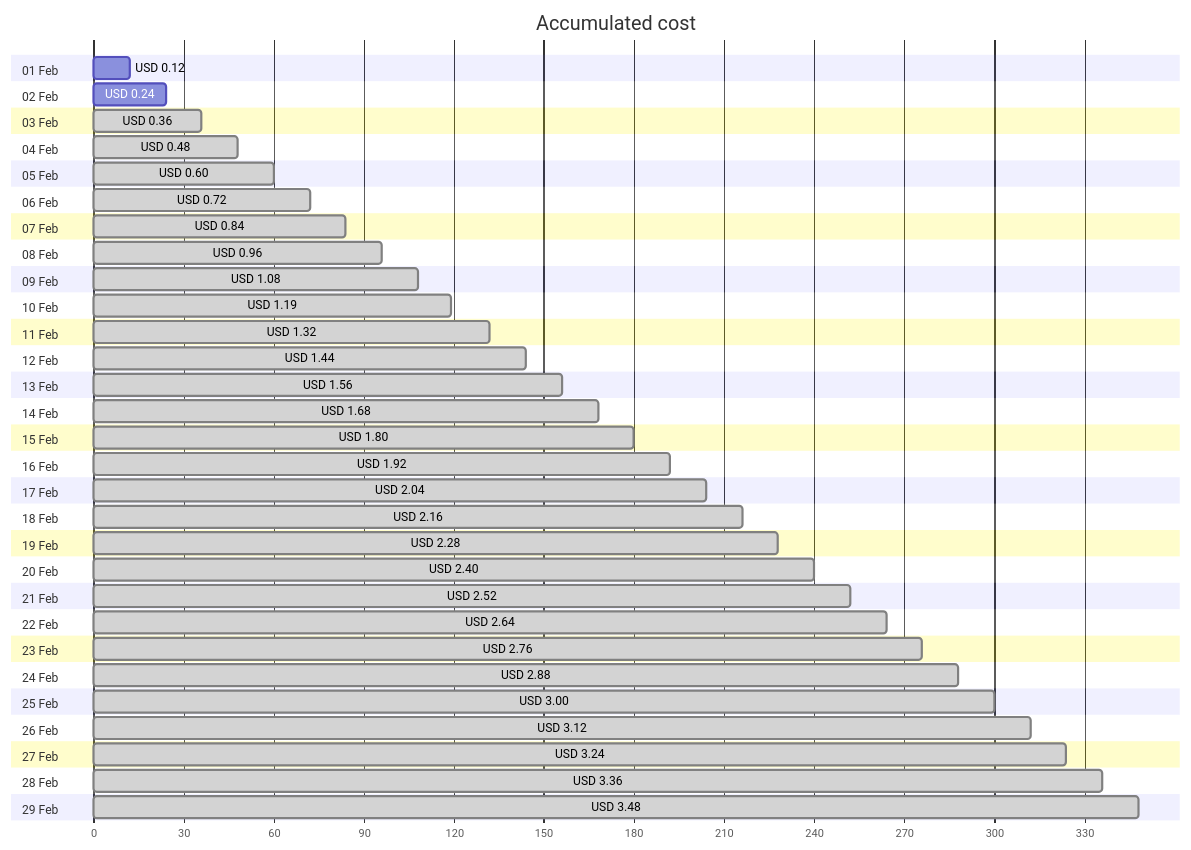
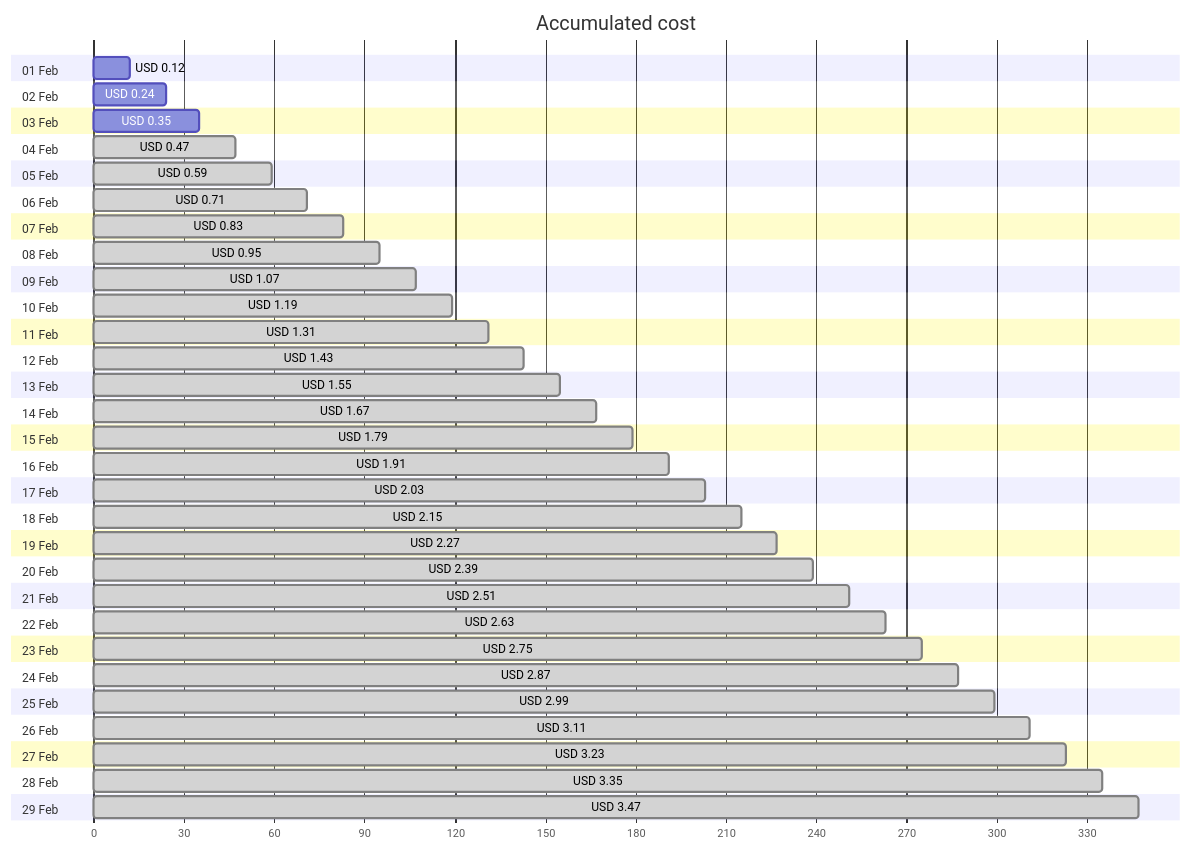
The first of 4 diagrams in cost-reports/personal-network/backup-server-public-ip.md (jpfulton/azure-personal-reports), drawn with Mermaid before and after one commit. The commit also changed other lines of this file and 8 other files, not shown here.

````diff
--- a/cost-reports/personal-network/backup-server-public-ip.md
+++ b/cost-reports/personal-network/backup-server-public-ip.md
@@ -20,64 +20,64 @@
 ```mermaid
 gantt
    title Accumulated cost
    dateFormat  X
    axisFormat %s
    section 01 Feb
    USD 0.12 :0, 12
    section 02 Feb
    USD 0.24 :0, 24
    section 03 Feb
-   USD 0.36 : done, 0, 36
+   USD 0.35 :0, 35
    section 04 Feb
-   USD 0.48 : done, 0, 48
+   USD 0.47 : done, 0, 47
    section 05 Feb
-   USD 0.60 : done, 0, 60
+   USD 0.59 : done, 0, 59
    section 06 Feb
-   USD 0.72 : done, 0, 72
+   USD 0.71 : done, 0, 71
    section 07 Feb
-   USD 0.84 : done, 0, 84
+   USD 0.83 : done, 0, 83
    section 08 Feb
-   USD 0.96 : done, 0, 96
+   USD 0.95 : done, 0, 95
    section 09 Feb
-   USD 1.08 : done, 0, 108
+   USD 1.07 : done, 0, 107
    section 10 Feb
    USD 1.19 : done, 0, 119
    section 11 Feb
-   USD 1.32 : done, 0, 132
+   USD 1.31 : done, 0, 131
    section 12 Feb
-   USD 1.44 : done, 0, 144
+   USD 1.43 : done, 0, 143
    section 13 Feb
-   USD 1.56 : done, 0, 156
+   USD 1.55 : done, 0, 155
    section 14 Feb
-   USD 1.68 : done, 0, 168
+   USD 1.67 : done, 0, 167
    section 15 Feb
-   USD 1.80 : done, 0, 180
+   USD 1.79 : done, 0, 179
    section 16 Feb
-   USD 1.92 : done, 0, 192
+   USD 1.91 : done, 0, 191
    section 17 Feb
-   USD 2.04 : done, 0, 204
+   USD 2.03 : done, 0, 203
    section 18 Feb
-   USD 2.16 : done, 0, 216
+   USD 2.15 : done, 0, 215
    section 19 Feb
-   USD 2.28 : done, 0, 228
+   USD 2.27 : done, 0, 227
    section 20 Feb
-   USD 2.40 : done, 0, 240
+   USD 2.39 : done, 0, 239
    section 21 Feb
-   USD 2.52 : done, 0, 252
+   USD 2.51 : done, 0, 251
    section 22 Feb
-   USD 2.64 : done, 0, 264
+   USD 2.63 : done, 0, 263
    section 23 Feb
-   USD 2.76 : done, 0, 276
+   USD 2.75 : done, 0, 275
    section 24 Feb
-   USD 2.88 : done, 0, 288
+   USD 2.87 : done, 0, 287
    section 25 Feb
-   USD 3.00 : done, 0, 300
+   USD 2.99 : done, 0, 299
    section 26 Feb
-   USD 3.12 : done, 0, 312
+   USD 3.11 : done, 0, 311
    section 27 Feb
-   USD 3.24 : done, 0, 324
+   USD 3.23 : done, 0, 323
    section 28 Feb
-   USD 3.36 : done, 0, 336
+   USD 3.35 : done, 0, 335
    section 29 Feb
-   USD 3.48 : done, 0, 348
+   USD 3.47 : done, 0, 347
 ```
````
